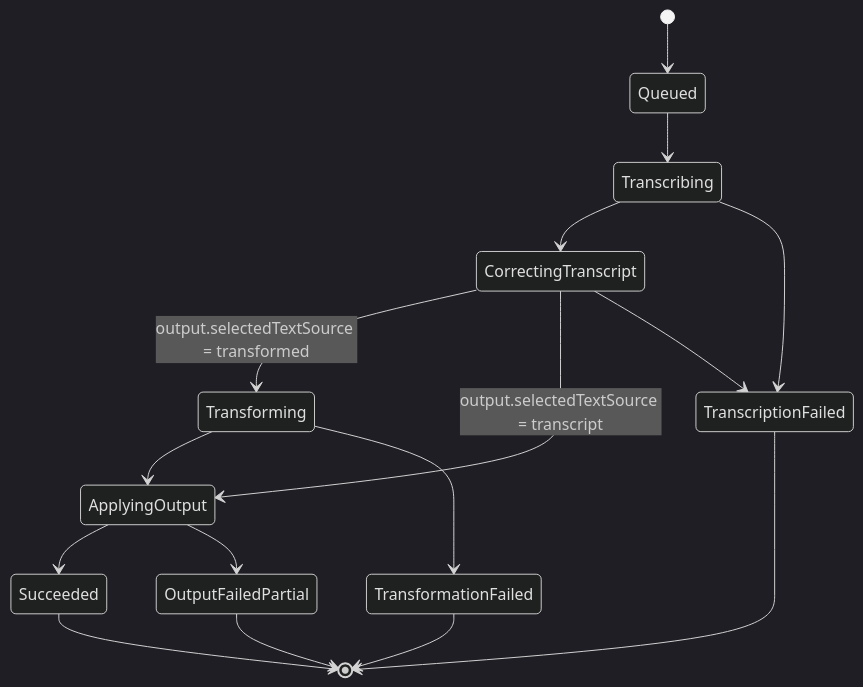
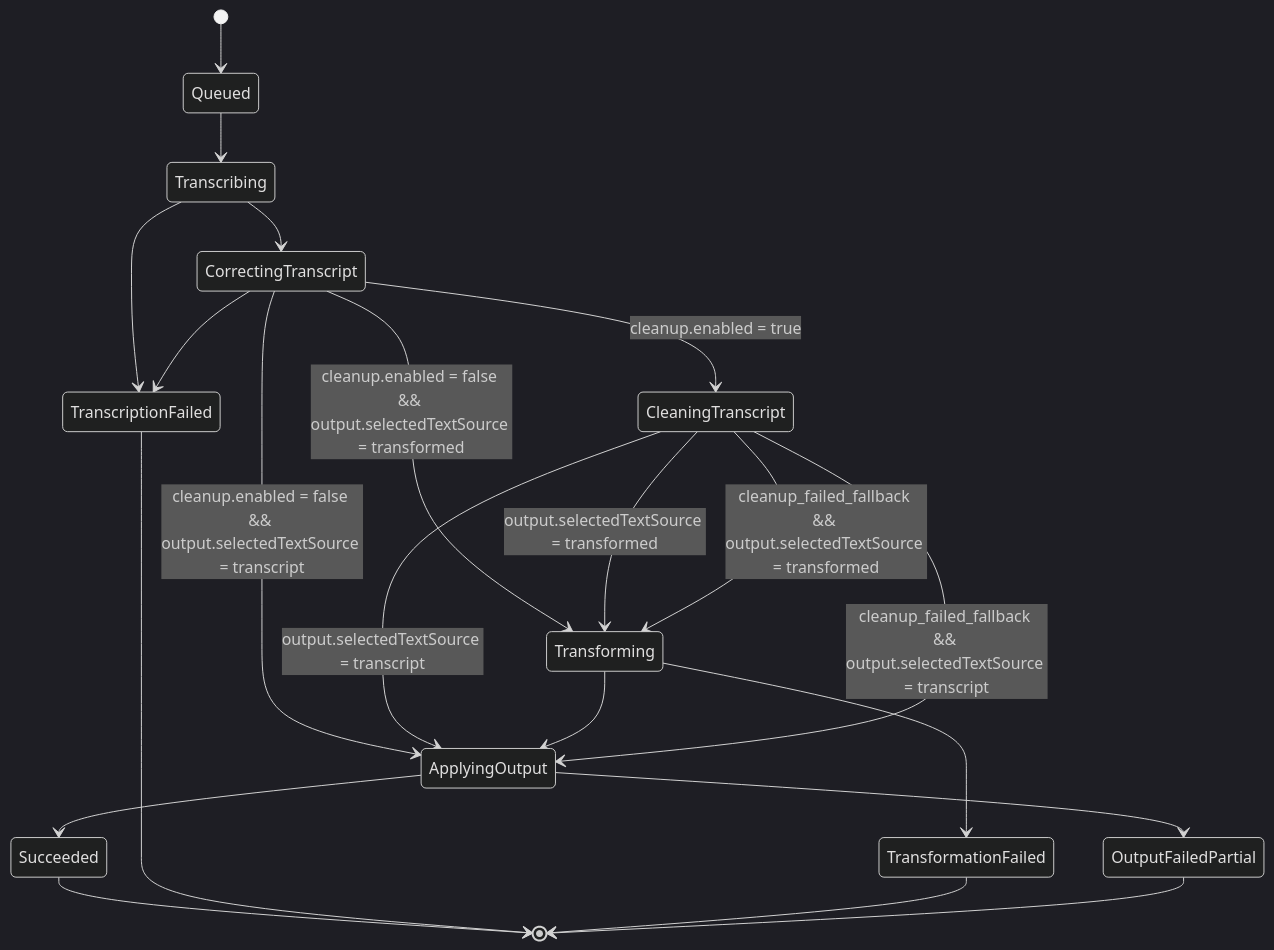
The fourth of 8 diagrams in specs/spec.md (massun-onibakuchi/speech-to-text-app), drawn with Mermaid (dark theme) before and after one commit. The commit also changed other lines of this file and 3 other files, not shown here.

````diff
--- a/specs/spec.md
+++ b/specs/spec.md
@@ -665,18 +677,23 @@
 ```mermaid
 stateDiagram-v2
   [*] --> Queued
   Queued --> Transcribing
   Transcribing --> CorrectingTranscript
-  CorrectingTranscript --> Transforming: output.selectedTextSource = transformed
-  CorrectingTranscript --> ApplyingOutput: output.selectedTextSource = transcript
+  CorrectingTranscript --> CleaningTranscript: cleanup.enabled = true
+  CorrectingTranscript --> Transforming: cleanup.enabled = false && output.selectedTextSource = transformed
+  CorrectingTranscript --> ApplyingOutput: cleanup.enabled = false && output.selectedTextSource = transcript
+  CleaningTranscript --> Transforming: output.selectedTextSource = transformed
+  CleaningTranscript --> ApplyingOutput: output.selectedTextSource = transcript
   Transforming --> ApplyingOutput
   ApplyingOutput --> Succeeded
   Transcribing --> TranscriptionFailed
   CorrectingTranscript --> TranscriptionFailed
+  CleaningTranscript --> Transforming: cleanup_failed_fallback && output.selectedTextSource = transformed
+  CleaningTranscript --> ApplyingOutput: cleanup_failed_fallback && output.selectedTextSource = transcript
   Transforming --> TransformationFailed
   ApplyingOutput --> OutputFailedPartial
   Succeeded --> [*]
   TranscriptionFailed --> [*]
   TransformationFailed --> [*]
   OutputFailedPartial --> [*]
 ```
````
